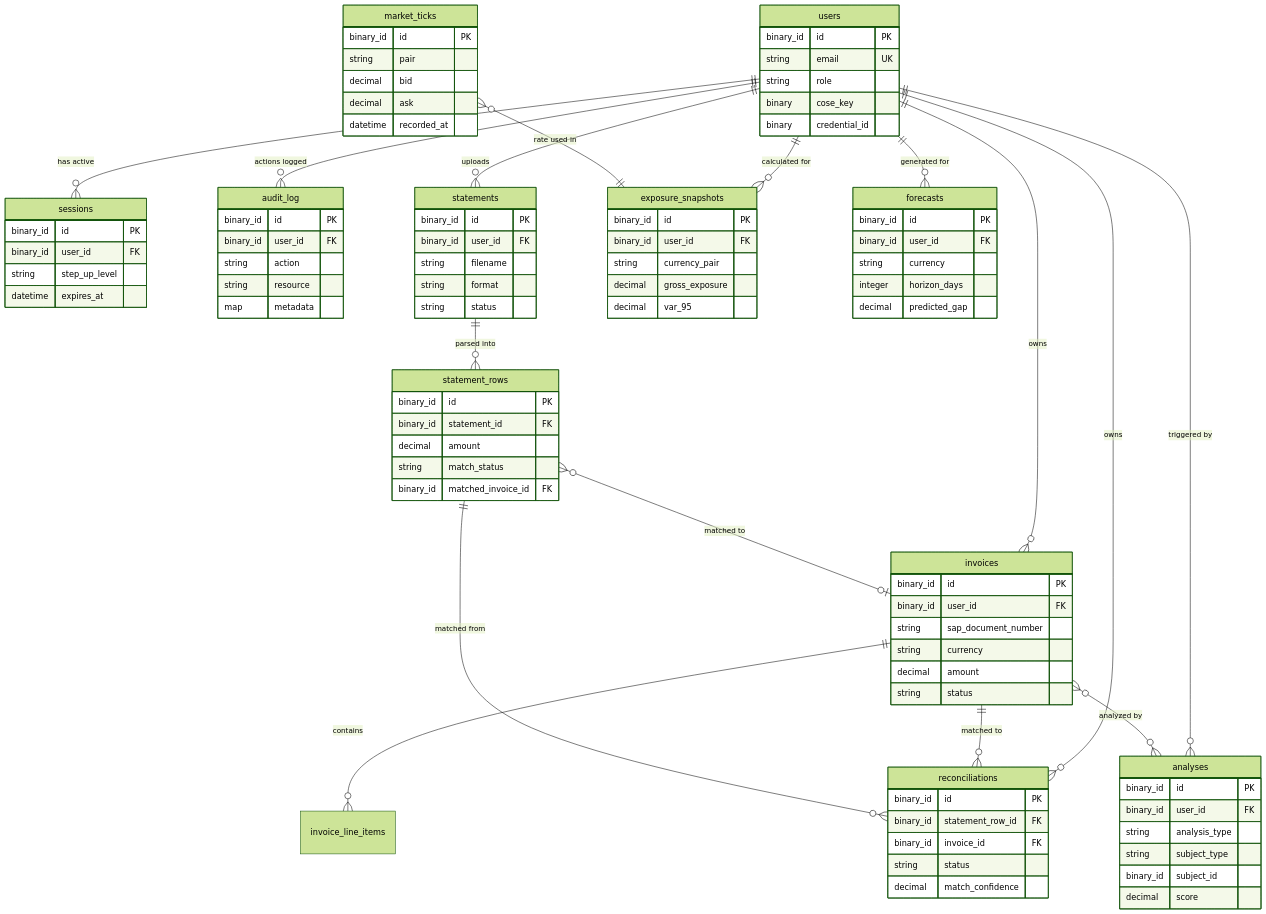
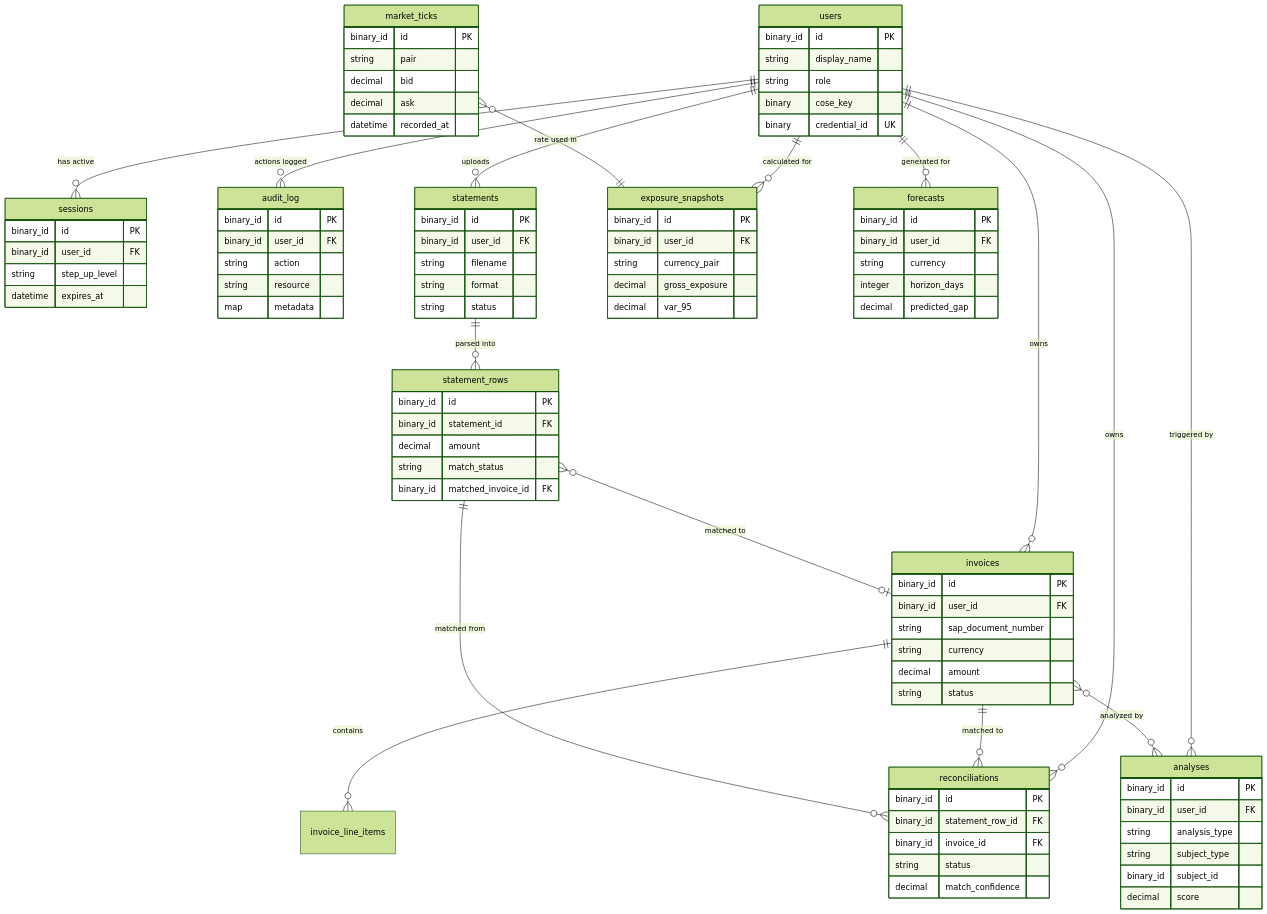
Before and after one commit to 1Bernard/nexus: the second of 2 diagrams in .agent/workflows/nexus-db-schema.md, drawn with Mermaid (forest theme). The commit also changed other lines of this file and 7 other files, not shown here.

Commit message:
feat: Replace user email with display name and streamline user registration by defaulting role.

```diff
--- a/.agent/workflows/nexus-db-schema.md
+++ b/.agent/workflows/nexus-db-schema.md
@@ -459,10 +531,10 @@
 
     users {
         binary_id id PK
-        string email UK
+        string display_name
         string role
         binary cose_key
-        binary credential_id
+        binary credential_id UK
     }
 
     invoices {
```
